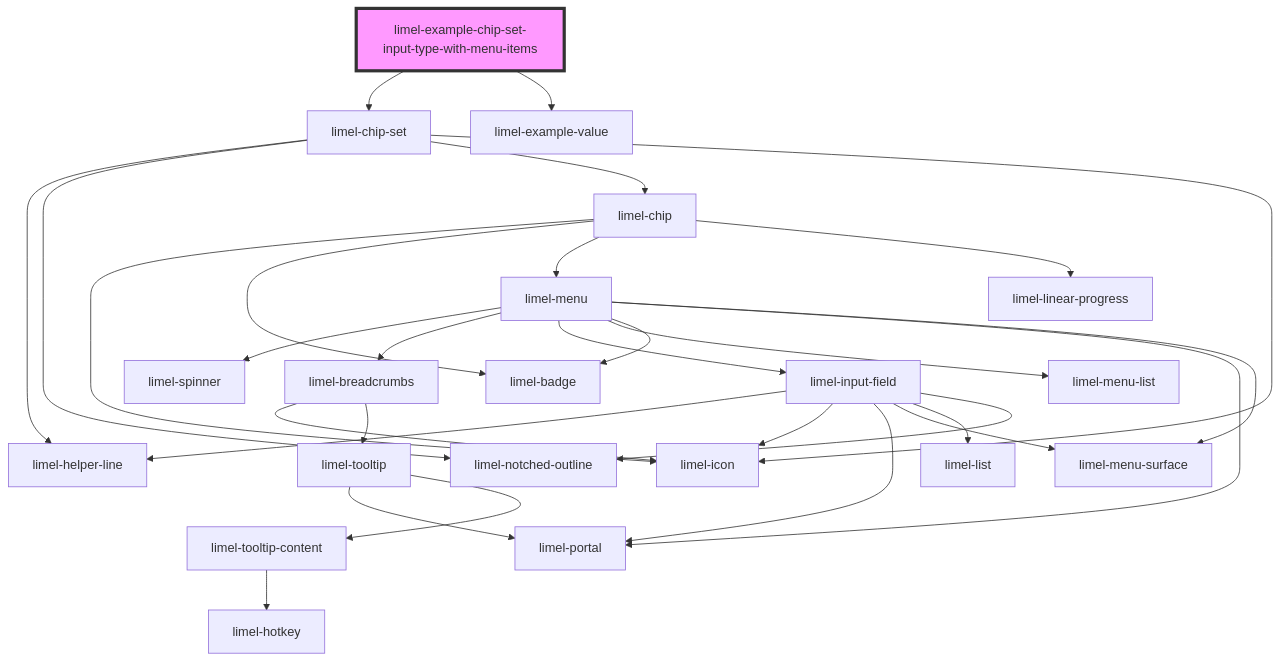
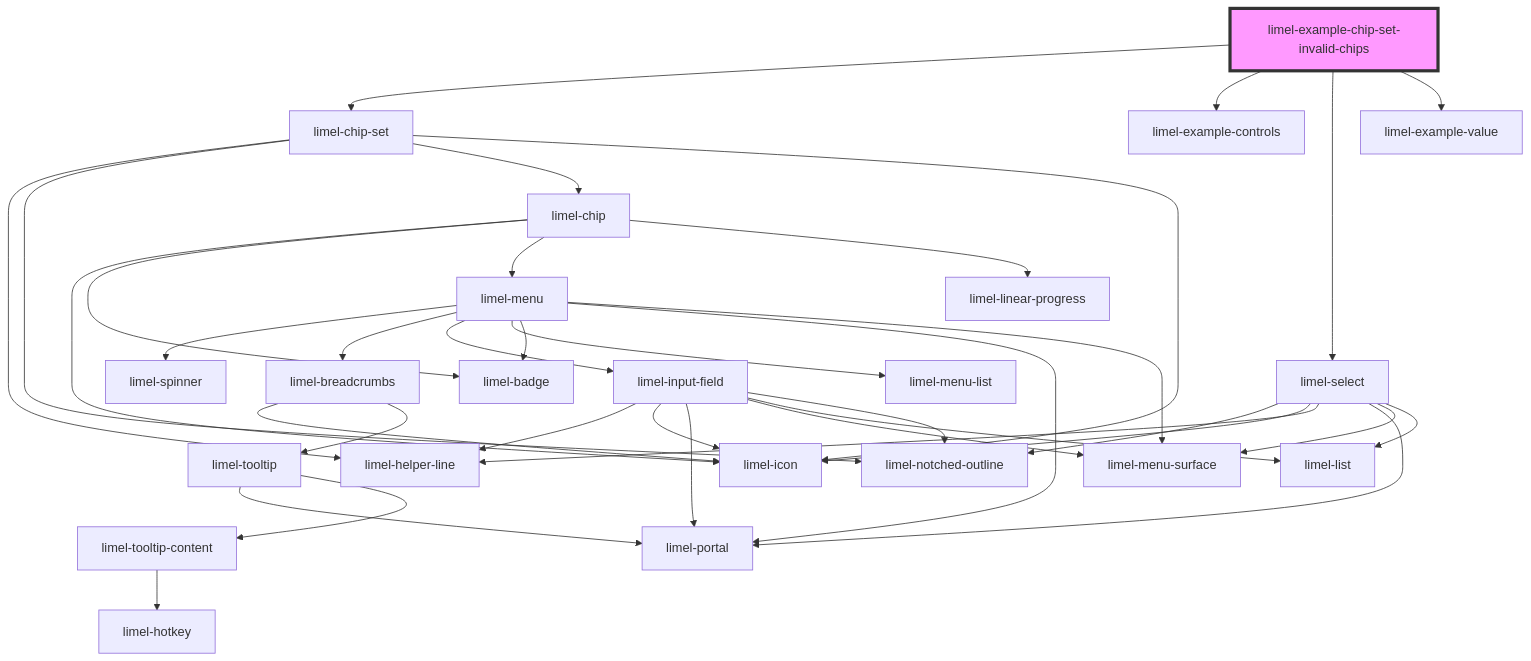
The diagram in versions/PR-4056/markdown-docs/components/chip-set/examples/readme.md (Lundalogik/lime-elements), drawn with Mermaid before and after one commit. The commit also changed other lines of this file and 423 other files, not shown here.

````diff
--- a/versions/PR-4056/markdown-docs/components/chip-set/examples/readme.md
+++ b/versions/PR-4056/markdown-docs/components/chip-set/examples/readme.md
@@ -30,32 +39,40 @@
 ```mermaid
 graph TD;
-  limel-example-chip-set-input-type-with-menu-items --> limel-chip-set
-  limel-example-chip-set-input-type-with-menu-items --> limel-example-value
+  limel-example-chip-set-invalid-chips --> limel-chip-set
+  limel-example-chip-set-invalid-chips --> limel-example-controls
+  limel-example-chip-set-invalid-chips --> limel-select
+  limel-example-chip-set-invalid-chips --> limel-example-value
   limel-chip-set --> limel-helper-line
   limel-chip-set --> limel-notched-outline
   limel-chip-set --> limel-chip
   limel-chip-set --> limel-icon
   limel-chip --> limel-icon
   limel-chip --> limel-badge
   limel-chip --> limel-menu
   limel-chip --> limel-linear-progress
   limel-menu --> limel-spinner
   limel-menu --> limel-breadcrumbs
   limel-menu --> limel-input-field
   limel-menu --> limel-menu-list
   limel-menu --> limel-badge
   limel-menu --> limel-portal
   limel-menu --> limel-menu-surface
   limel-breadcrumbs --> limel-icon
   limel-breadcrumbs --> limel-tooltip
   limel-tooltip --> limel-portal
   limel-tooltip --> limel-tooltip-content
   limel-tooltip-content --> limel-hotkey
   limel-input-field --> limel-helper-line
   limel-input-field --> limel-icon
   limel-input-field --> limel-portal
   limel-input-field --> limel-menu-surface
   limel-input-field --> limel-list
   limel-input-field --> limel-notched-outline
-  style limel-example-chip-set-input-type-with-menu-items fill:#f9f,stroke:#333,stroke-width:4px
+  limel-select --> limel-notched-outline
+  limel-select --> limel-icon
+  limel-select --> limel-helper-line
+  limel-select --> limel-portal
+  limel-select --> limel-menu-surface
+  limel-select --> limel-list
+  style limel-example-chip-set-invalid-chips fill:#f9f,stroke:#333,stroke-width:4px
 ```
````
